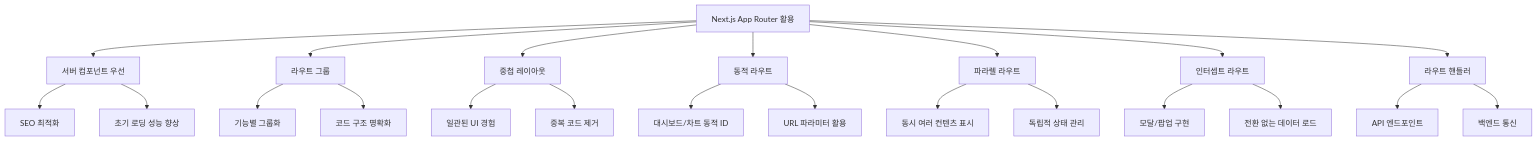
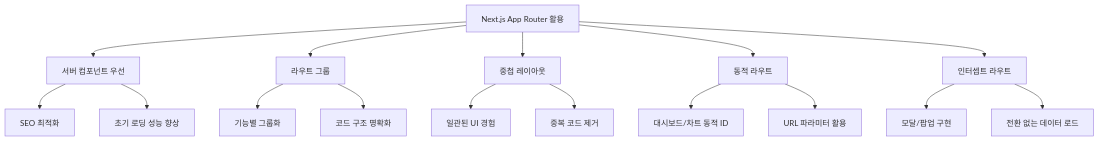
Before and after one commit to Seungwoo321/etorch-docs: the first of 5 diagrams in frontend/routing.md, drawn with Mermaid. The commit also changed other lines of this file, not shown here.

````diff
--- a/frontend/routing.md
+++ b/frontend/routing.md
@@ -11,31 +11,23 @@
 ```mermaid
 flowchart TD
     A[Next.js App Router 활용] --> B[서버 컴포넌트 우선]
     A --> C[라우트 그룹]
     A --> D[중첩 레이아웃]
     A --> E[동적 라우트]
-    A --> F[파라렐 라우트]
-    A --> G[인터셉트 라우트]
-    A --> H[라우트 핸들러]
+    A --> F[인터셉트 라우트]
     
     B --> B1[SEO 최적화]
     B --> B2[초기 로딩 성능 향상]
     
     C --> C1[기능별 그룹화]
     C --> C2[코드 구조 명확화]
     
     D --> D1[일관된 UI 경험]
     D --> D2[중복 코드 제거]
     
     E --> E1[대시보드/차트 동적 ID]
     E --> E2[URL 파라미터 활용]
     
-    F --> F1[동시 여러 컨텐츠 표시]
-    F --> F2[독립적 상태 관리]
-    
-    G --> G1[모달/팝업 구현]
-    G --> G2[전환 없는 데이터 로드]
-    
-    H --> H1[API 엔드포인트]
-    H --> H2[백엔드 통신]
+    F --> F1[모달/팝업 구현]
+    F --> F2[전환 없는 데이터 로드]
 ```
````
